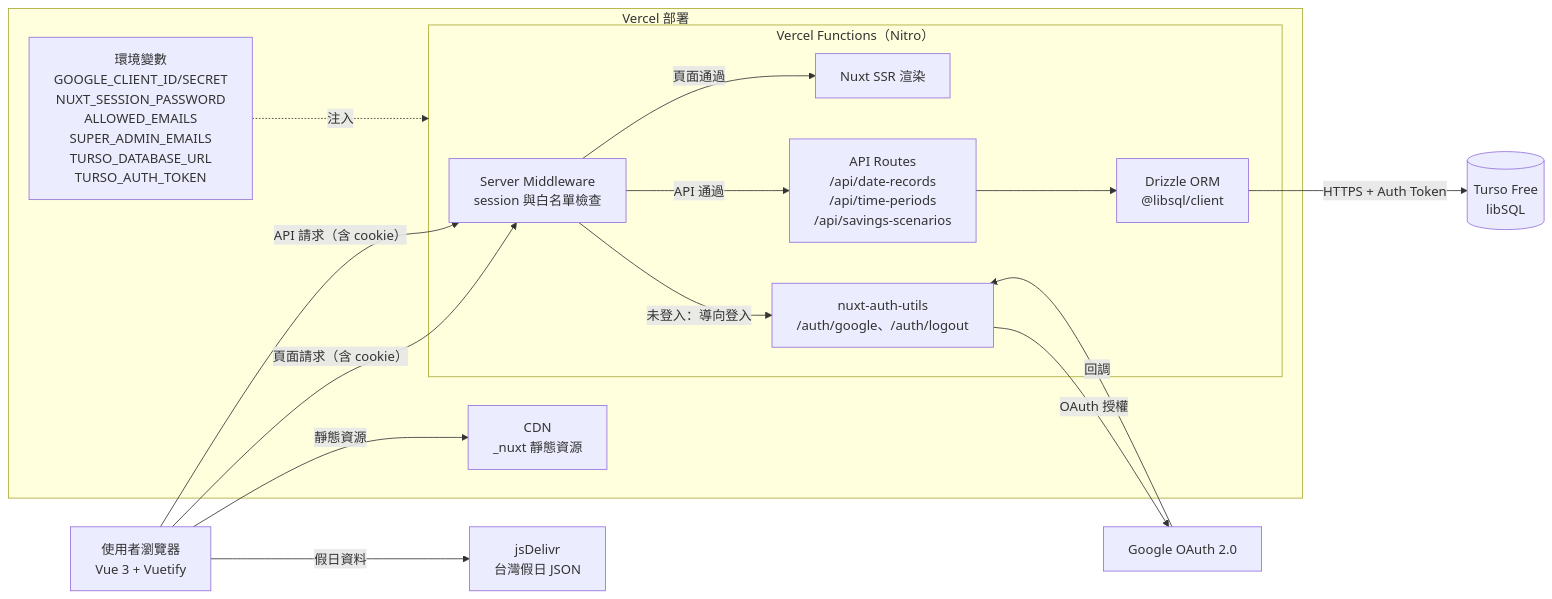
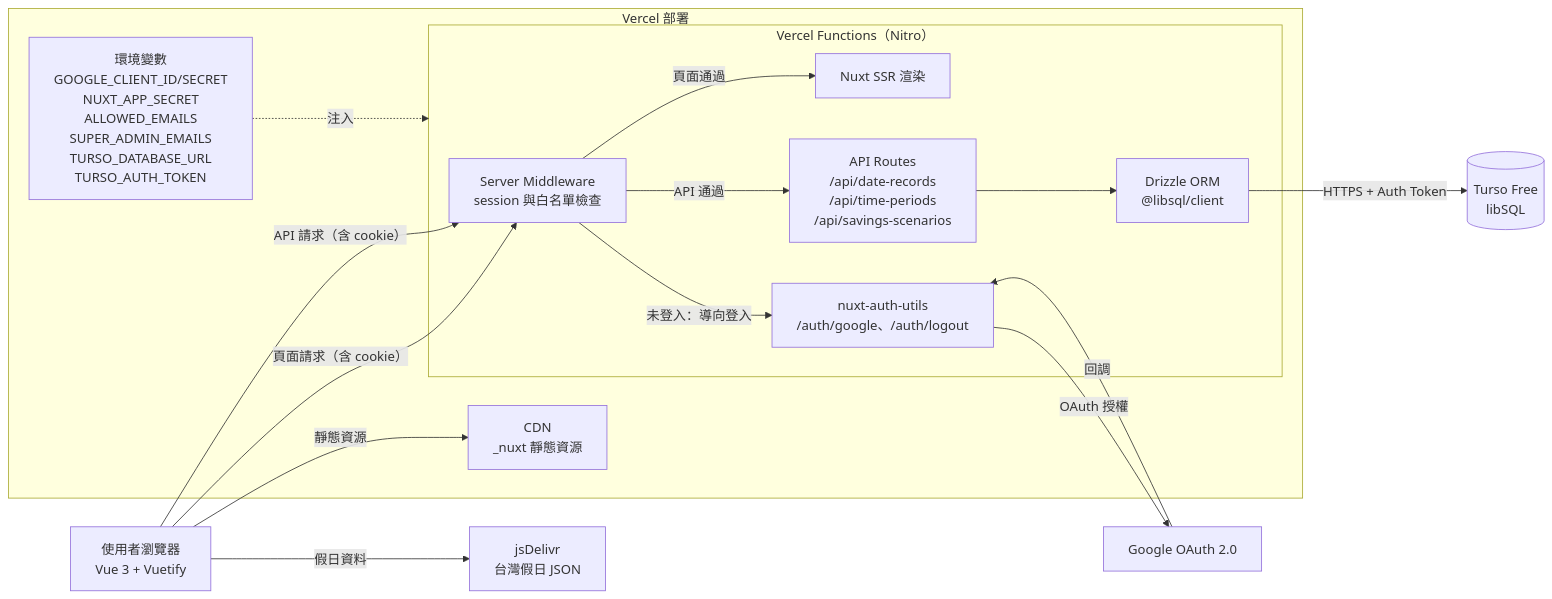
The diagram in docs/architecture.md (ioveasdkre/mini-program), drawn with Mermaid before and after one commit. The commit also changed 18 other files, not shown here.

````diff
--- a/docs/architecture.md
+++ b/docs/architecture.md
@@ -3,32 +3,32 @@
 ```mermaid
 flowchart LR
   U["使用者瀏覽器<br/>Vue 3 + Vuetify"]
   JSD["jsDelivr<br/>台灣假日 JSON"]
   GOOGLE["Google OAuth 2.0"]
   TURSO[("Turso Free<br/>libSQL")]
 
   subgraph VERCEL["Vercel 部署"]
     CDN["CDN<br/>_nuxt 靜態資源"]
     subgraph FN["Vercel Functions（Nitro）"]
       MW["Server Middleware<br/>session 與白名單檢查"]
       SSR["Nuxt SSR 渲染"]
       AUTH["nuxt-auth-utils<br/>/auth/google、/auth/logout"]
       API["API Routes<br/>/api/date-records<br/>/api/time-periods<br/>/api/savings-scenarios"]
       ORM["Drizzle ORM<br/>@libsql/client"]
     end
-    ENV["環境變數<br/>GOOGLE_CLIENT_ID/SECRET<br/>NUXT_SESSION_PASSWORD<br/>ALLOWED_EMAILS<br/>SUPER_ADMIN_EMAILS<br/>TURSO_DATABASE_URL<br/>TURSO_AUTH_TOKEN"]
+    ENV["環境變數<br/>GOOGLE_CLIENT_ID/SECRET<br/>NUXT_APP_SECRET<br/>ALLOWED_EMAILS<br/>SUPER_ADMIN_EMAILS<br/>TURSO_DATABASE_URL<br/>TURSO_AUTH_TOKEN"]
   end
 
   U -->|"靜態資源"| CDN
   U -->|"頁面請求（含 cookie）"| MW
   U -->|"API 請求（含 cookie）"| MW
   U -->|"假日資料"| JSD
   MW -->|"未登入：導向登入"| AUTH
   MW -->|"頁面通過"| SSR
   MW -->|"API 通過"| API
   AUTH -->|"OAuth 授權"| GOOGLE
   GOOGLE -->|"回調"| AUTH
   API --> ORM
   ORM -->|"HTTPS + Auth Token"| TURSO
   ENV -.->|"注入"| FN
 ```
````
